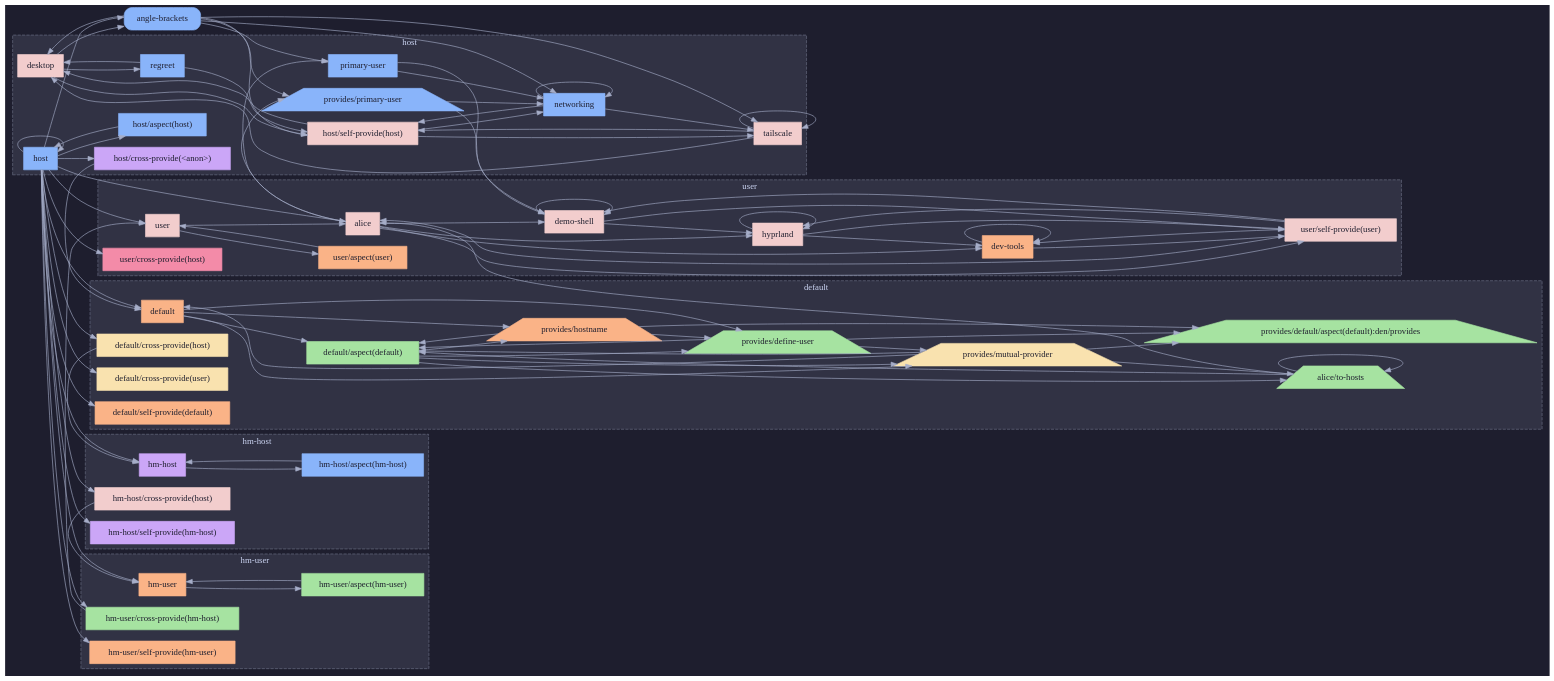
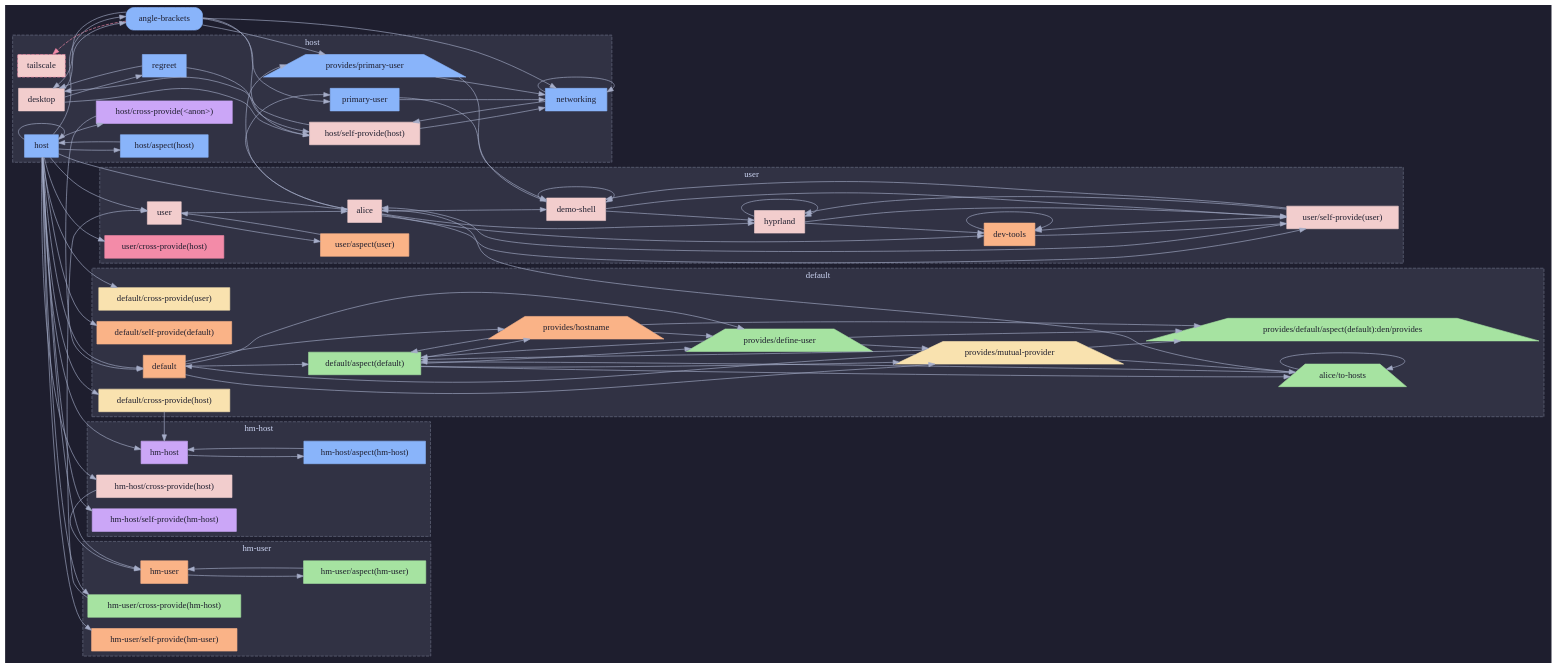
One commit to sini/den changed the second of 3 diagrams in templates/diag-fx-demo/diagrams/angle-brackets-dag.md. Above: the diagram before and after it, drawn with Graphviz. The commit also changed other lines of this file and 526 other files, not shown here.

Commit message:
chore: update fx diagrams

```diff
--- a/templates/diag-fx-demo/diagrams/angle-brackets-dag.md
+++ b/templates/diag-fx-demo/diagrams/angle-brackets-dag.md
@@ -222,7 +217,7 @@
   primary_user [label="primary-user",shape=box,style=filled,fillcolor="#89b4fa",color="#89b4fa",fontcolor="#1e1e2e"];
   den__provides__primary_user [label="provides/primary-user",shape=trapezium,style=filled,fillcolor="#89b4fa",color="#89b4fa",fontcolor="#1e1e2e"];
   regreet [label="regreet",shape=box,style=filled,fillcolor="#89b4fa",color="#89b4fa",fontcolor="#1e1e2e"];
-  tailscale [label="tailscale",shape=box,style=filled,fillcolor="#f2cdcd",color="#f2cdcd",fontcolor="#1e1e2e"];
+  tailscale [label="tailscale",shape=box,style="filled,dashed",fillcolor="#f2cdcd",color="#f38ba8",fontcolor="#1e1e2e"];
   }
   subgraph cluster_ctx_default {
     label="default";
@@ -292,7 +287,7 @@
   angle_brackets -> networking;
   angle_brackets -> primary_user;
   angle_brackets -> den__provides__primary_user;
-  angle_brackets -> tailscale;
+  angle_brackets -> tailscale [style=dashed,color="#f38ba8"];
   n_default -> default__aspect_default_;
   n_default -> den__provides__define_user;
   n_default -> den__provides__hostname;
@@ -349,20 +344,15 @@
   host__cross_provide__anon__ -> n_default;
   host__self_provide_host_ -> desktop;
   host__self_provide_host_ -> networking;
-  host__self_provide_host_ -> tailscale;
   hyprland -> dev_tools;
   hyprland -> hyprland;
   hyprland -> user__self_provide_user_;
   networking -> host__self_provide_host_;
   networking -> networking;
-  networking -> tailscale;
   primary_user -> demo_shell;
   primary_user -> networking;
   regreet -> desktop;
   regreet -> host__self_provide_host_;
-  tailscale -> desktop;
-  tailscale -> host__self_provide_host_;
-  tailscale -> tailscale;
   user -> alice;
   user -> user__aspect_user_;
   user__aspect_user_ -> user;
```
